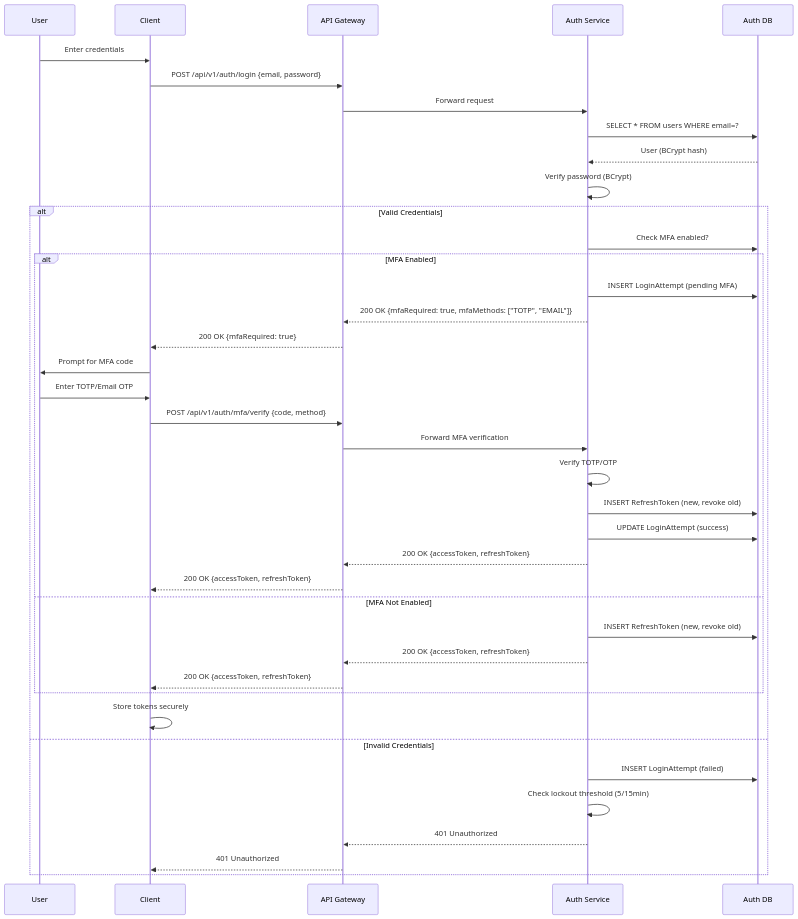
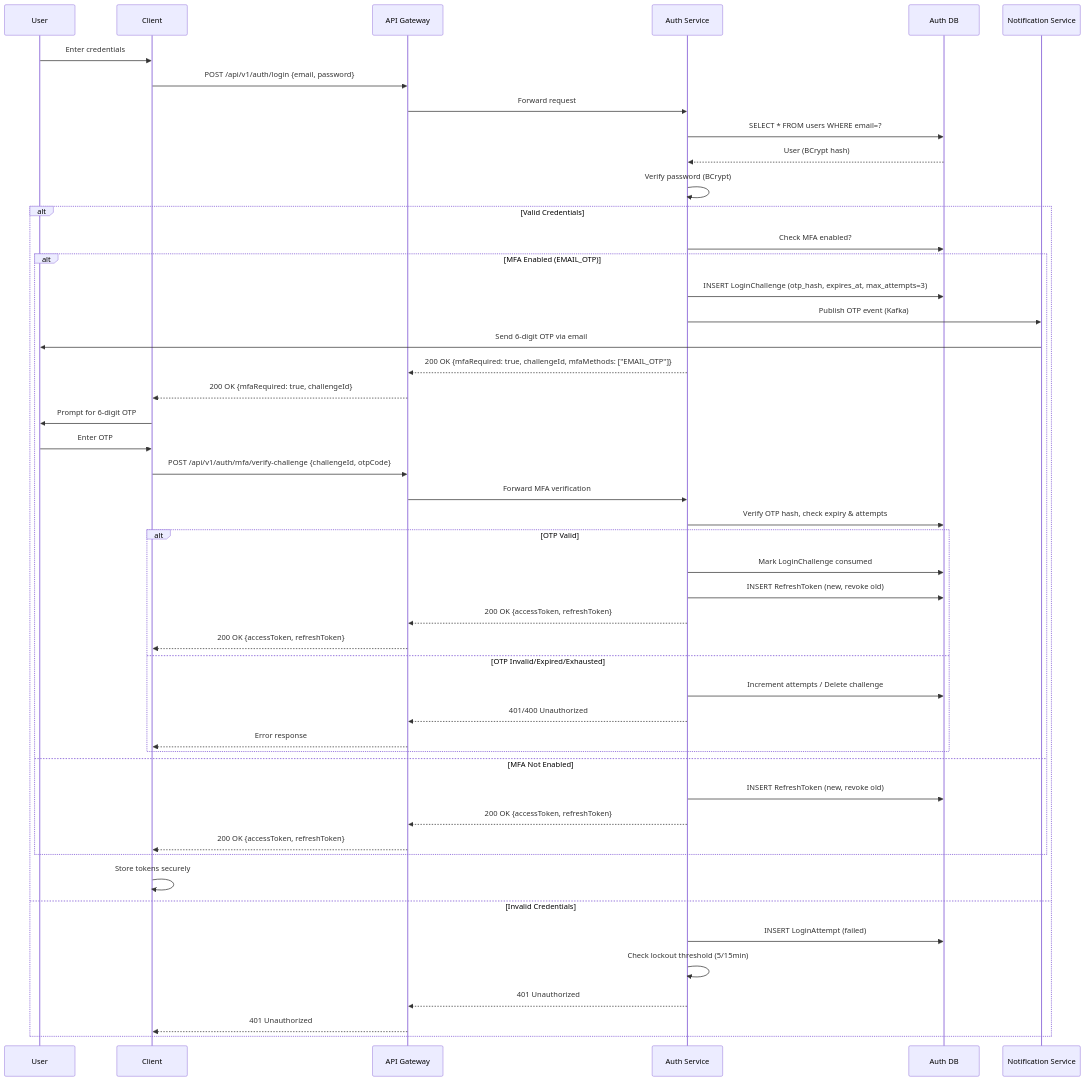
The second of 2 diagrams in documentation/decisions/adrs/ADR-009_MFA_METHODS.md (Rabbaniinamdar/citi-core-project), drawn with Mermaid before and after one commit. The commit also changed other lines of this file and 43 other files, not shown here.

Commit message:
redesigned MFA with TOTP to OTP

````diff
--- a/documentation/decisions/adrs/ADR-009_MFA_METHODS.md
+++ b/documentation/decisions/adrs/ADR-009_MFA_METHODS.md
@@ -64,42 +47,51 @@
 ```mermaid
 sequenceDiagram
     participant User
     participant Client
     participant GW as API Gateway
     participant AUTH as Auth Service
     participant DB as Auth DB
+    participant NOTIF as Notification Service
 
     User->>Client: Enter credentials
     Client->>GW: POST /api/v1/auth/login {email, password}
     GW->>AUTH: Forward request
     AUTH->>DB: SELECT * FROM users WHERE email=?
     DB-->>AUTH: User (BCrypt hash)
     AUTH->>AUTH: Verify password (BCrypt)
     alt Valid Credentials
         AUTH->>DB: Check MFA enabled?
-        alt MFA Enabled
-            AUTH->>DB: INSERT LoginAttempt (pending MFA)
-            AUTH-->>GW: 200 OK {mfaRequired: true, mfaMethods: ["TOTP", "EMAIL"]}
-            GW-->>Client: 200 OK {mfaRequired: true}
-            Client->>User: Prompt for MFA code
-            User->>Client: Enter TOTP/Email OTP
-            Client->>GW: POST /api/v1/auth/mfa/verify {code, method}
+        alt MFA Enabled (EMAIL_OTP)
+            AUTH->>DB: INSERT LoginChallenge (otp_hash, expires_at, max_attempts=3)
+            AUTH->>NOTIF: Publish OTP event (Kafka)
+            NOTIF->>User: Send 6-digit OTP via email
+            AUTH-->>GW: 200 OK {mfaRequired: true, challengeId, mfaMethods: ["EMAIL_OTP"]}
+            GW-->>Client: 200 OK {mfaRequired: true, challengeId}
+            Client->>User: Prompt for 6-digit OTP
+            User->>Client: Enter OTP
+            Client->>GW: POST /api/v1/auth/mfa/verify-challenge {challengeId, otpCode}
             GW->>AUTH: Forward MFA verification
-            AUTH->>AUTH: Verify TOTP/OTP
-            AUTH->>DB: INSERT RefreshToken (new, revoke old)
-            AUTH->>DB: UPDATE LoginAttempt (success)
-            AUTH-->>GW: 200 OK {accessToken, refreshToken}
-            GW-->>Client: 200 OK {accessToken, refreshToken}
+            AUTH->>DB: Verify OTP hash, check expiry & attempts
+            alt OTP Valid
+                AUTH->>DB: Mark LoginChallenge consumed
+                AUTH->>DB: INSERT RefreshToken (new, revoke old)
+                AUTH-->>GW: 200 OK {accessToken, refreshToken}
+                GW-->>Client: 200 OK {accessToken, refreshToken}
+            else OTP Invalid/Expired/Exhausted
+                AUTH->>DB: Increment attempts / Delete challenge
+                AUTH-->>GW: 401/400 Unauthorized
+                GW-->>Client: Error response
+            end
         else MFA Not Enabled
             AUTH->>DB: INSERT RefreshToken (new, revoke old)
             AUTH-->>GW: 200 OK {accessToken, refreshToken}
             GW-->>Client: 200 OK {accessToken, refreshToken}
         end
         Client->>Client: Store tokens securely
     else Invalid Credentials
         AUTH->>DB: INSERT LoginAttempt (failed)
         AUTH->>AUTH: Check lockout threshold (5/15min)
         AUTH-->>GW: 401 Unauthorized
         GW-->>Client: 401 Unauthorized
     end
 ```
````
